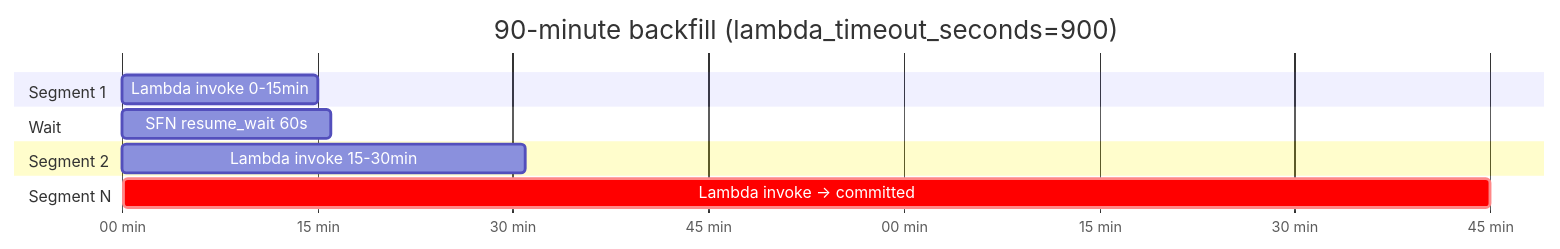
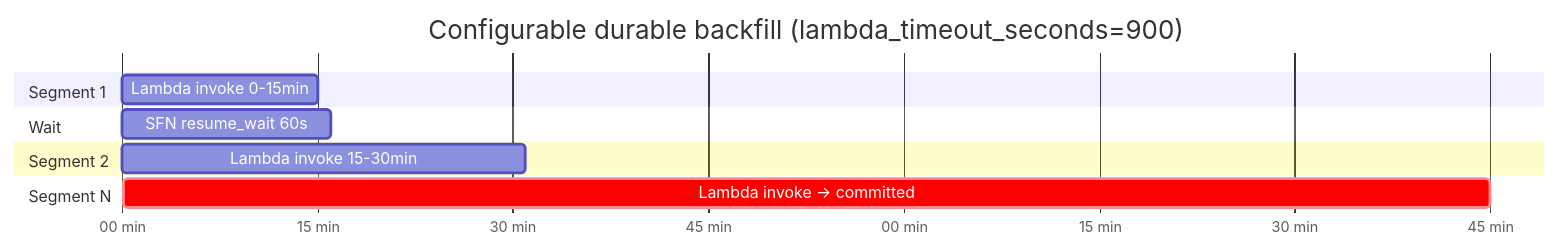
The sixth of 11 diagrams in docs/data-mesh-patterns.md (vaquarkhan/aws-serverless-datamesh-framework), drawn with Mermaid before and after one commit. The commit also changed other lines of this file and 18 other files, not shown here.

First line of the commit message:
Document durable workload clock as configurable (60/90/120/180+ min).

````diff
--- a/docs/data-mesh-patterns.md
+++ b/docs/data-mesh-patterns.md
@@ -187,15 +187,15 @@
 ```mermaid
 gantt
-    title 90-minute backfill (lambda_timeout_seconds=900)
+    title Configurable durable backfill (lambda_timeout_seconds=900)
     dateFormat X
     axisFormat %M min
 
     section Segment 1
     Lambda invoke 0-15min     :0, 900
     section Wait
     SFN resume_wait 60s       :900, 960
     section Segment 2
     Lambda invoke 15-30min    :960, 1860
     section Segment N
     Lambda invoke → committed :crit, 5400, 6300
 ```
````
